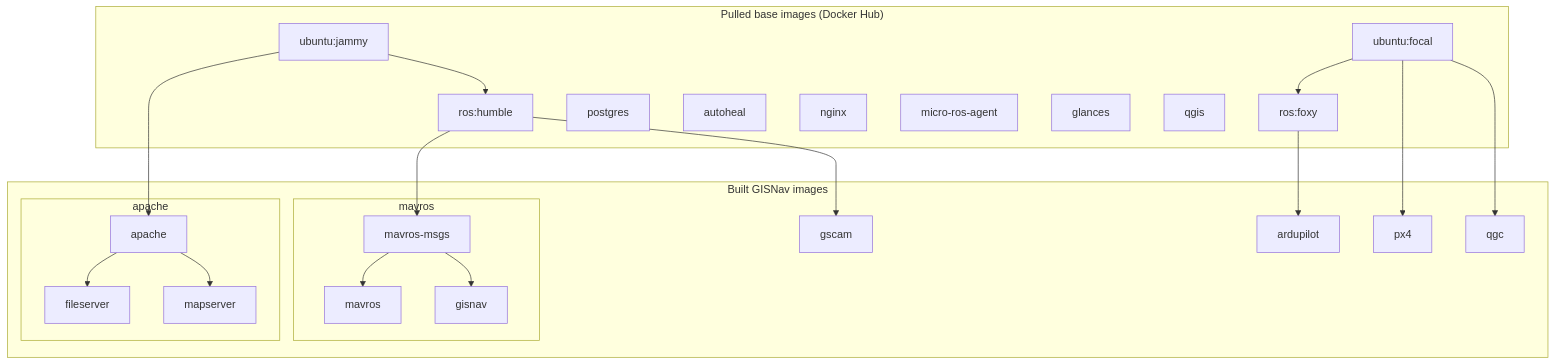
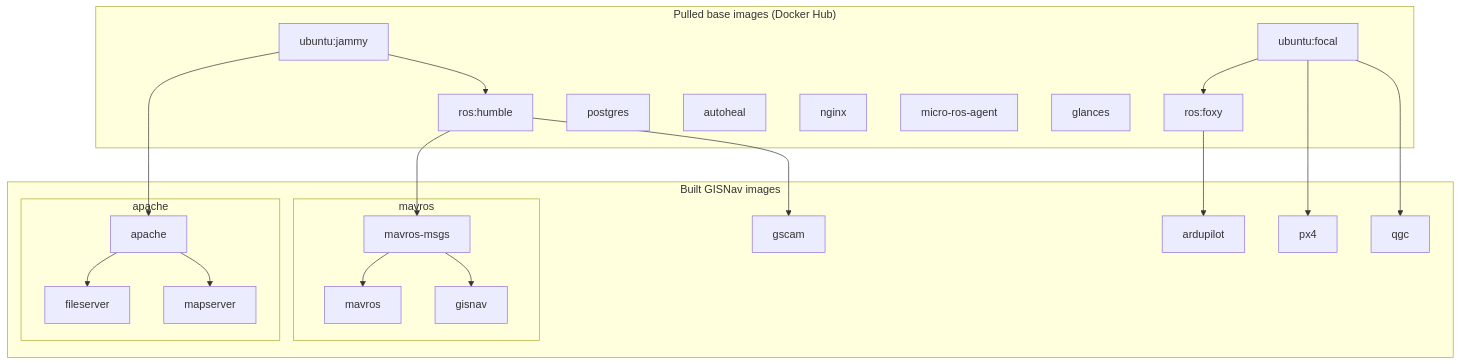
The second of 3 diagrams in docs/vitepress/docs/system-architecture.md (hmakelin/gisnav), drawn with Mermaid before and after one commit. The commit also changed other lines of this file and 41 other files, not shown here.

````diff
--- a/docs/vitepress/docs/system-architecture.md
+++ b/docs/vitepress/docs/system-architecture.md
@@ -73,47 +72,46 @@
 ```mermaid
 graph TD
     subgraph base_images ["Pulled base images (Docker Hub)"]
         ubuntu_jammy["ubuntu:jammy"]
         ubuntu_focal["ubuntu:focal"]
         ros_humble["ros:humble"]
         ros_foxy["ros:foxy"]
         postgres
         autoheal
         nginx
         micro-ros-agent
         glances
-        qgis
     end
 
     subgraph built_images ["Built GISNav images"]
         subgraph apache_ctx[apache]
             apache
             mapserver
             fileserver
         end
         subgraph mavros_ctx[mavros]
             gisnav
             mavros
             mavros-msgs
         end
         gscam
         px4
         ardupilot
         qgc
     end
 
 
     ubuntu_focal --> ros_foxy
     ubuntu_jammy --> apache
     apache --> fileserver
     apache --> mapserver
     ubuntu_jammy --> ros_humble
     ros_humble --> mavros-msgs
     mavros-msgs --> mavros
     mavros-msgs --> gisnav
     ros_humble --> gscam
     ubuntu_focal --> px4
     ros_foxy --> ardupilot
     ubuntu_focal --> qgc
 
 ```
````
